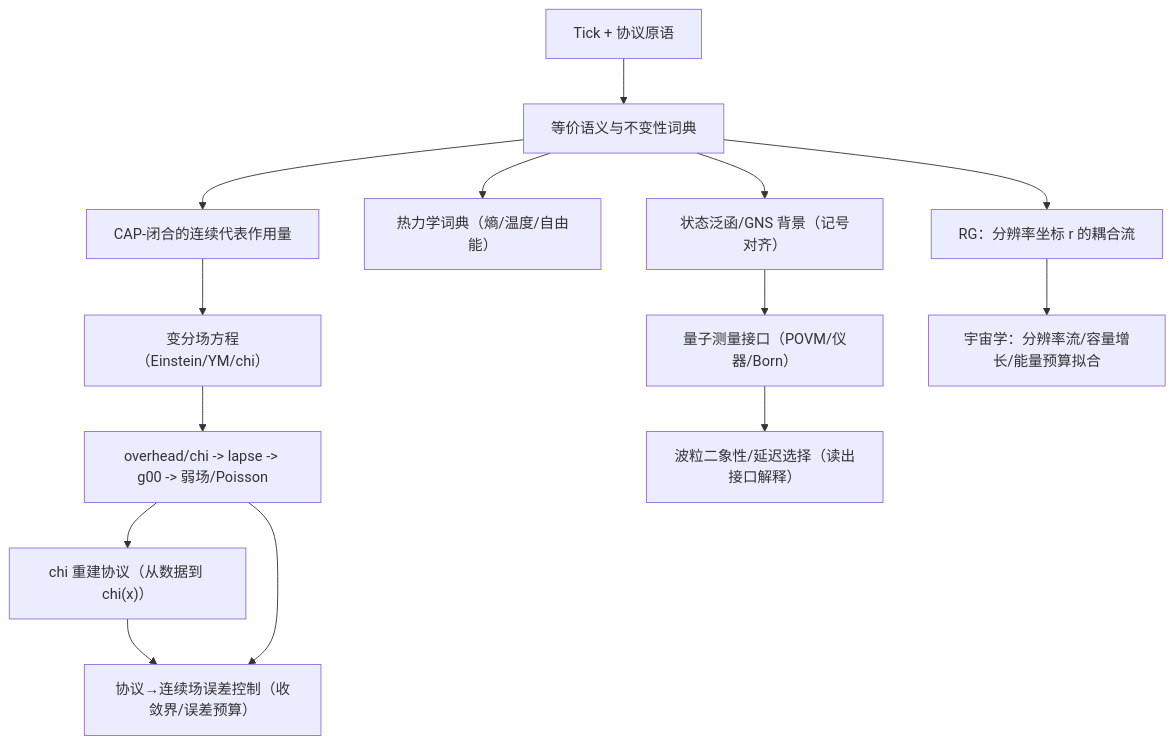
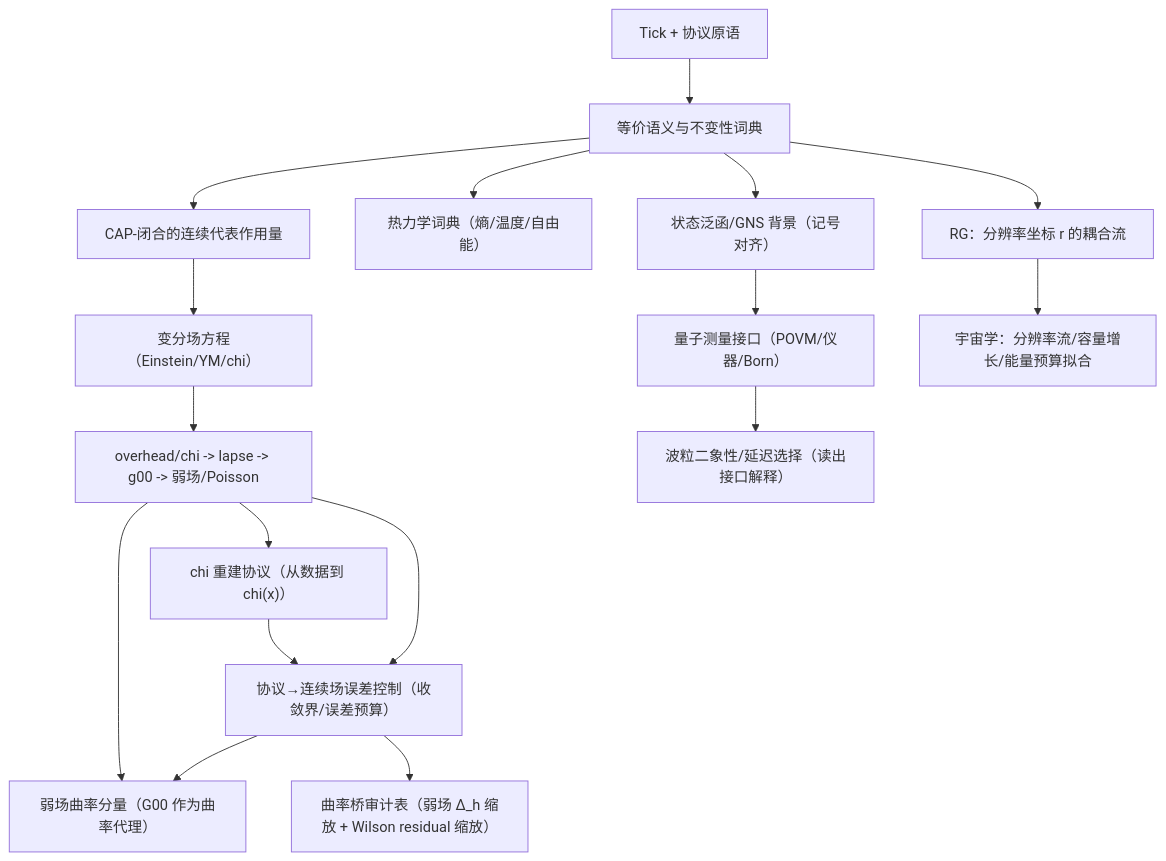
One commit to loning/the-omega changed the diagram in docs/papers/2025_z128_standard_model_stable_sector_hpa_omega/theory_closure_tracker.md. Above: the diagram before and after it, drawn with Mermaid. The commit also changed other lines of this file and 12 other files, not shown here.

````diff
--- a/docs/papers/2025_z128_standard_model_stable_sector_hpa_omega/theory_closure_tracker.md
+++ b/docs/papers/2025_z128_standard_model_stable_sector_hpa_omega/theory_closure_tracker.md
@@ -44,16 +44,19 @@
 ```mermaid
 flowchart TD
   A["Tick + 协议原语"] --> B["等价语义与不变性词典"]
   B --> C["CAP-闭合的连续代表作用量"]
   C --> D["变分场方程（Einstein/YM/chi）"]
   B --> E["热力学词典（熵/温度/自由能）"]
   D --> F["overhead/chi -> lapse -> g00 -> 弱场/Poisson"]
   F --> G["chi 重建协议（从数据到 chi(x)）"]
   G --> K["协议→连续场误差控制（收敛界/误差预算）"]
   F --> K
+  F --> L["弱场曲率分量（G00 作为曲率代理）"]
+  K --> L
+  K --> T["曲率桥审计表（弱场 Δ_h 缩放 + Wilson residual 缩放）"]
   B --> H0["状态泛函/GNS 背景（记号对齐）"]
   H0 --> H["量子测量接口（POVM/仪器/Born）"]
   H --> H2["波粒二象性/延迟选择（读出接口解释）"]
   B --> I["RG：分辨率坐标 r 的耦合流"]
   I --> J["宇宙学：分辨率流/容量增长/能量预算拟合"]
 ```
````
